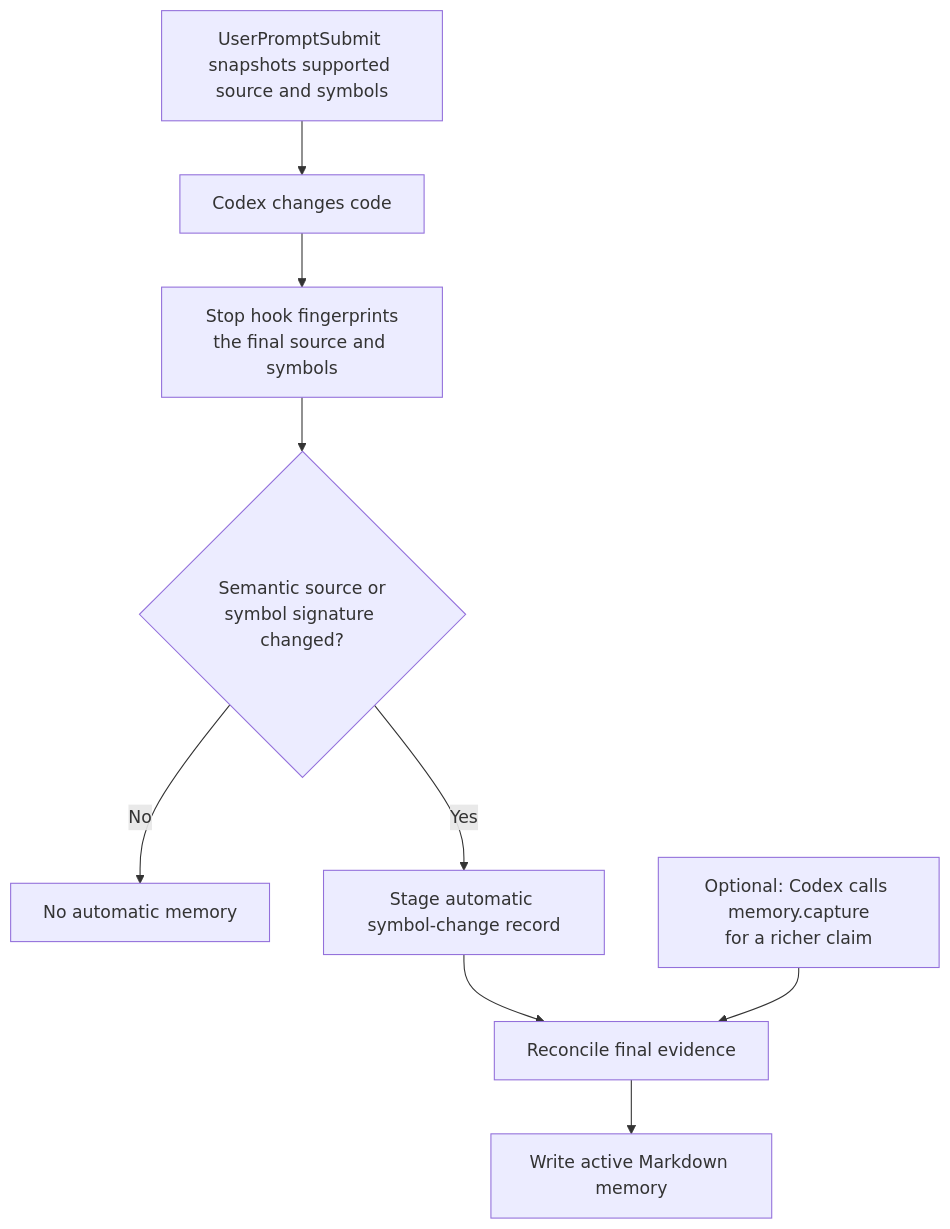
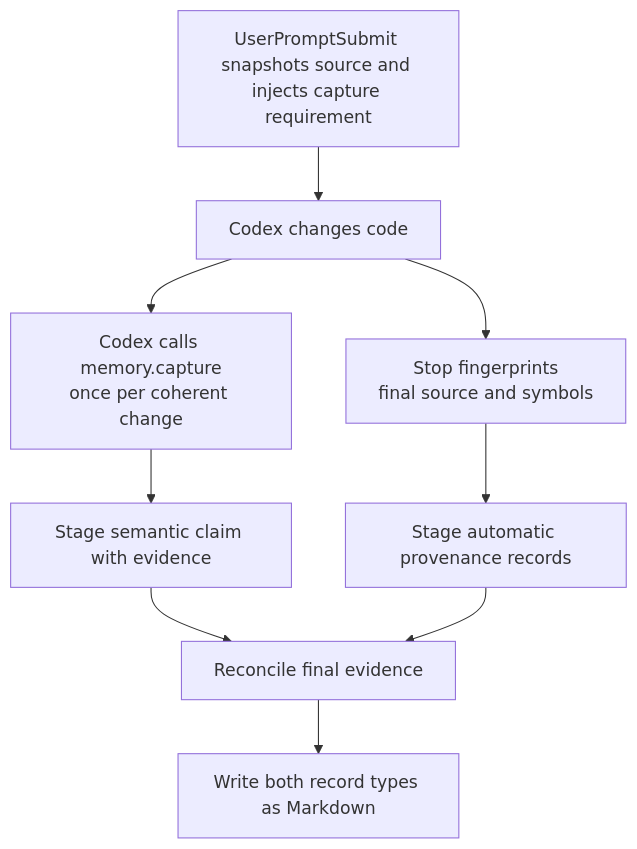
Before and after one commit to fagnermourafeitosa/memory-stale: the second of 2 diagrams in README.md, drawn with Mermaid. The commit also changed other lines of this file and 9 other files, not shown here.

Commit message:
feat: require semantic memory for code changes

````diff
--- a/README.md
+++ b/README.md
@@ -95,11 +96,11 @@
 ```mermaid
 flowchart TD
-    A[UserPromptSubmit snapshots supported source and symbols] --> B[Codex changes code]
-    B --> C["Stop hook fingerprints<br/>the final source and symbols"]
-    C --> D{"Semantic source or<br/>symbol signature changed?"}
-    D -->|No| E[No automatic memory]
-    D -->|Yes| F[Stage automatic symbol-change record]
-    F --> G[Reconcile final evidence]
-    G --> H[Write active Markdown memory]
-    I["Optional: Codex calls memory.capture<br/>for a richer claim"] --> G
+    A[UserPromptSubmit snapshots source and injects capture requirement] --> B[Codex changes code]
+    B --> C["Codex calls memory.capture<br/>once per coherent change"]
+    B --> D["Stop fingerprints<br/>final source and symbols"]
+    C --> E[Stage semantic claim with evidence]
+    D --> F[Stage automatic provenance records]
+    E --> G[Reconcile final evidence]
+    F --> G
+    G --> H[Write both record types as Markdown]
 ```
````
